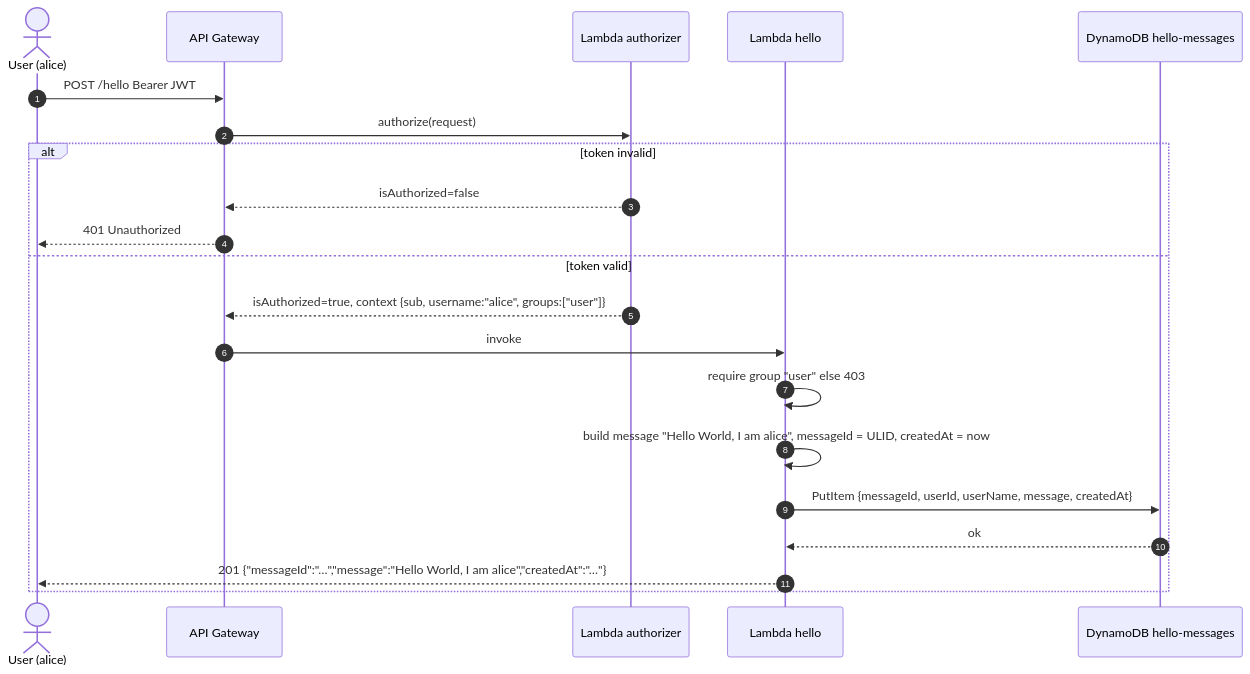
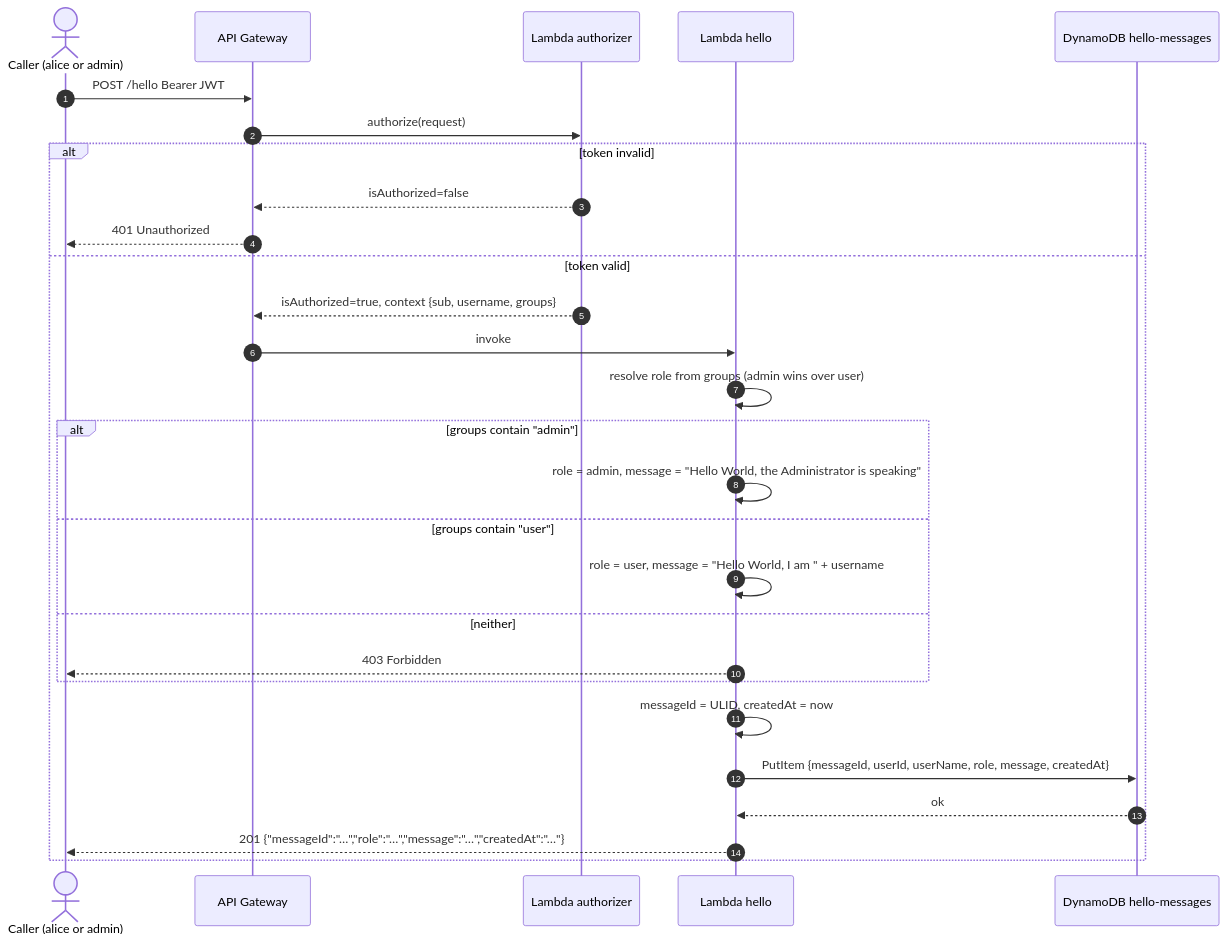
Before and after one commit to EnricoPicci/shared-calendar: the sixth of 7 diagrams in docs/ARCHITECTURE.md, drawn with Mermaid. The commit also changed other lines of this file and 2 other files, not shown here.

First line of the commit message:
Refine the initial design: permanent passwords, role-based Hello World

````diff
--- a/docs/ARCHITECTURE.md
+++ b/docs/ARCHITECTURE.md
@@ -283,24 +317,31 @@
 ```mermaid
 sequenceDiagram
     autonumber
-    actor U as User (alice)
+    actor C as Caller (alice or admin)
     participant GW as API Gateway
     participant AUTH as Lambda authorizer
     participant HW as Lambda hello
     participant DB as DynamoDB hello-messages
 
-    U->>GW: POST /hello  Bearer JWT
+    C->>GW: POST /hello  Bearer JWT
     GW->>AUTH: authorize(request)
     alt token invalid
         AUTH-->>GW: isAuthorized=false
-        GW-->>U: 401 Unauthorized
+        GW-->>C: 401 Unauthorized
     else token valid
-        AUTH-->>GW: isAuthorized=true, context {sub, username:"alice", groups:["user"]}
+        AUTH-->>GW: isAuthorized=true, context {sub, username, groups}
         GW->>HW: invoke
-        HW->>HW: require group "user" else 403
-        HW->>HW: build message "Hello World, I am alice", messageId = ULID, createdAt = now
-        HW->>DB: PutItem {messageId, userId, userName, message, createdAt}
+        HW->>HW: resolve role from groups (admin wins over user)
+        alt groups contain "admin"
+            HW->>HW: role = admin, message = "Hello World, the Administrator is speaking"
+        else groups contain "user"
+            HW->>HW: role = user, message = "Hello World, I am " + username
+        else neither
+            HW-->>C: 403 Forbidden
+        end
+        HW->>HW: messageId = ULID, createdAt = now
+        HW->>DB: PutItem {messageId, userId, userName, role, message, createdAt}
         DB-->>HW: ok
-        HW-->>U: 201 {"messageId":"…","message":"Hello World, I am alice","createdAt":"…"}
+        HW-->>C: 201 {"messageId":"…","role":"…","message":"…","createdAt":"…"}
     end
 ```
````
